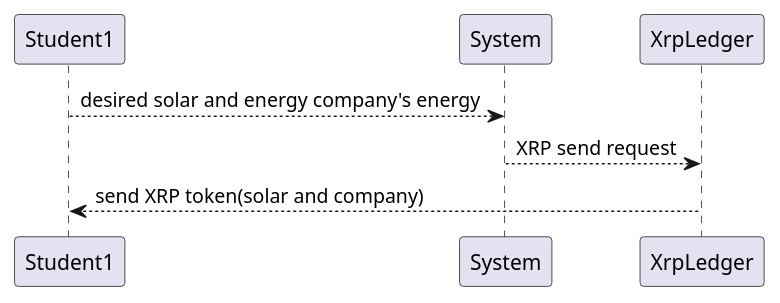
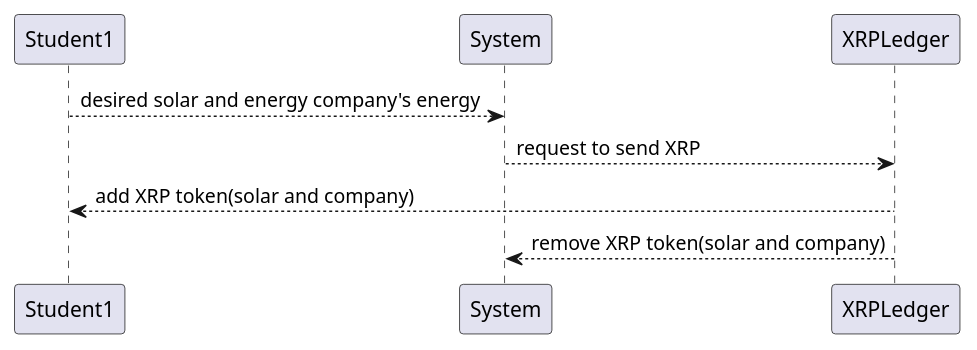
Before and after one commit to KyotoUniv-SIC/electoric-power-exchange: the diagram in Seq02_GenerateToken.plantuml, drawn with PlantUML. The commit also changed 5 other files, not shown here.

Commit message:
feat: begging and during of month sequence

```diff
--- a/Seq02_GenerateToken.plantuml
+++ b/Seq02_GenerateToken.plantuml
@@ -1,10 +1,11 @@
 @startuml sequence
 participant Student1          as st1
 participant System            as sys
-participant XrpLedger         as xl
+participant XRPLedger         as xl
 
 st1 --> sys : desired solar and energy company's energy
-sys --> xl : XRP send request
-xl --> st1 : send XRP token(solar and company)
+sys --> xl : request to send XRP 
+xl --> st1 : add XRP token(solar and company)
+xl --> sys : remove XRP token(solar and company)
 
 @enduml
```
